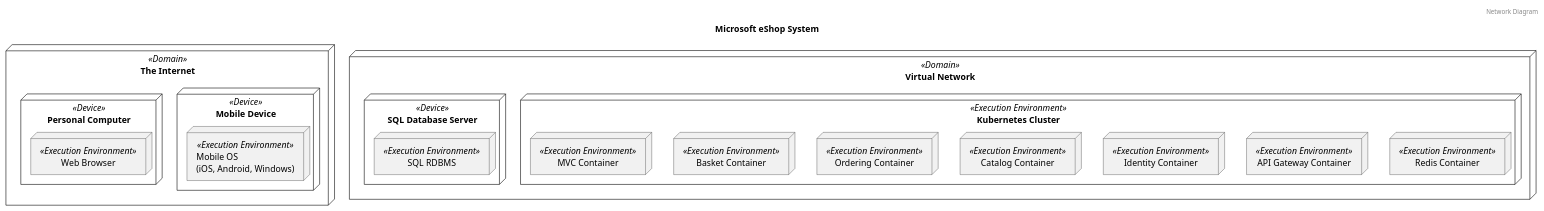
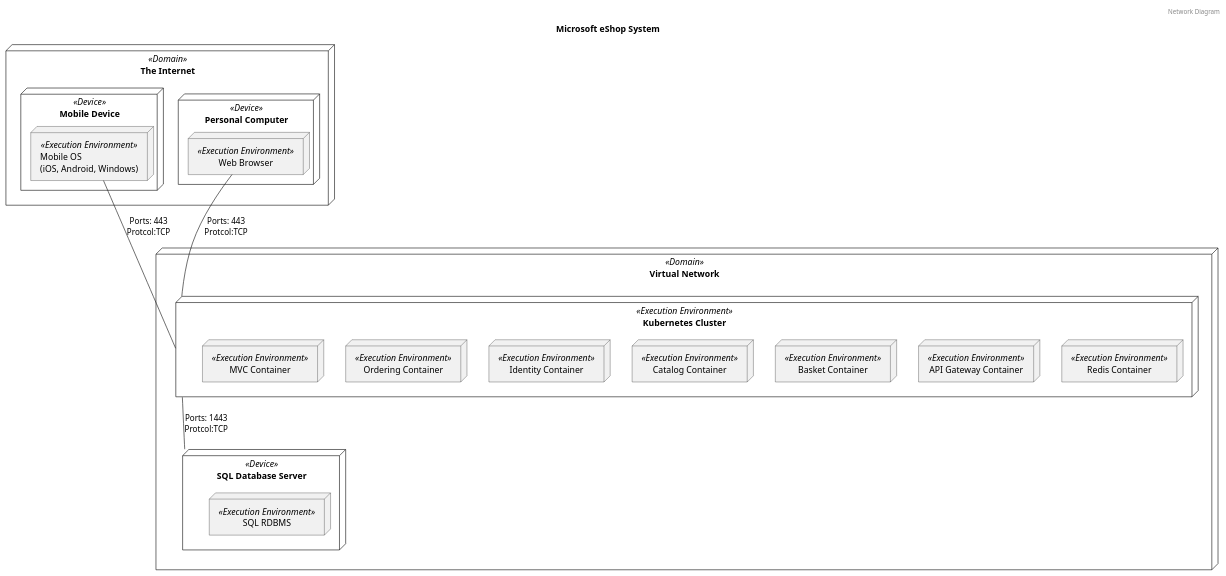
One commit to garrettsutula/example-trellis-project changed the first of 4 diagrams in diagrams/systems/Microsoft_eShop_System.puml. Above: the diagram before and after it, drawn with PlantUML. The commit also changed other lines of this file and 2 other files, not shown here.

```diff
--- a/diagrams/systems/Microsoft_eShop_System.puml
+++ b/diagrams/systems/Microsoft_eShop_System.puml
@@ -1,36 +1,39 @@
 @startuml Network Diagram Microsoft eShop System
 header Network Diagram
 title Microsoft eShop System
 	node "The Internet" as The_Internet <<Domain>> {
 		node "Mobile Device" as Mobile_Device <<Device>> {
-			node "Mobile OS\n(iOS, Android, Windows)" as Mobile_OS\niOS,_Android,_Windows <<Execution Environment>> {
+			node "Mobile OS\n(iOS, Android, Windows)" as Mobile_OSiOS_Android_Windows <<Execution Environment>> {
 			}
 		}
 		node "Personal Computer" as Personal_Computer <<Device>> {
 			node "Web Browser" as Web_Browser <<Execution Environment>> {
 			}
 		}
 	}
 	node "Virtual Network" as Virtual_Network <<Domain>> {
 		node "Kubernetes Cluster" as Kubernetes_Cluster <<Execution Environment>> {
 			node "Redis Container" as Redis_Container <<Execution Environment>> {
 			}
 			node "API Gateway Container" as API_Gateway_Container <<Execution Environment>> {
 			}
-			node "Identity Container" as Identity_Container <<Execution Environment>> {
+			node "Basket Container" as Basket_Container <<Execution Environment>> {
 			}
 			node "Catalog Container" as Catalog_Container <<Execution Environment>> {
 			}
+			node "Identity Container" as Identity_Container <<Execution Environment>> {
+			}
 			node "Ordering Container" as Ordering_Container <<Execution Environment>> {
-			}
-			node "Basket Container" as Basket_Container <<Execution Environment>> {
 			}
 			node "MVC Container" as MVC_Container <<Execution Environment>> {
 			}
 		}
 		node "SQL Database Server" as SQL_Database_Server <<Device>> {
 			node "SQL RDBMS" as SQL_RDBMS <<Execution Environment>> {
 			}
 		}
 	}
+	Web_Browser -- Kubernetes_Cluster: Ports: 443\nProtcol:TCP
+	Mobile_OSiOS_Android_Windows -- Kubernetes_Cluster: Ports: 443\nProtcol:TCP
+	Kubernetes_Cluster -- SQL_Database_Server: Ports: 1443\nProtcol:TCP
 @enduml
```
